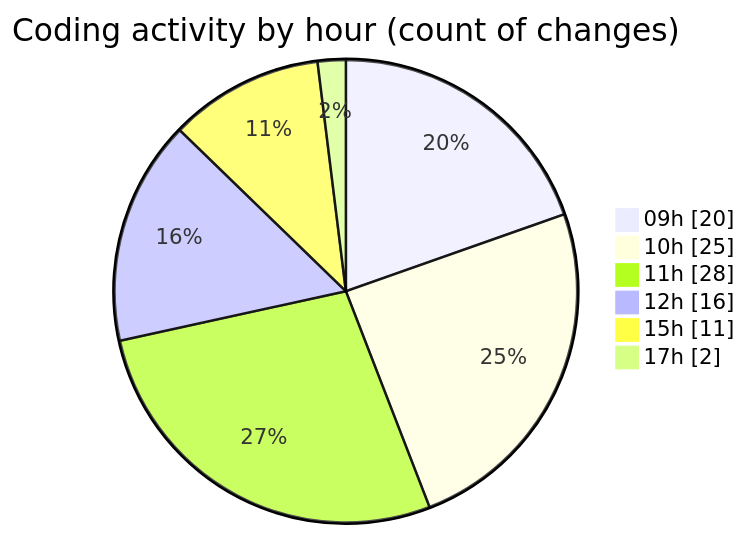
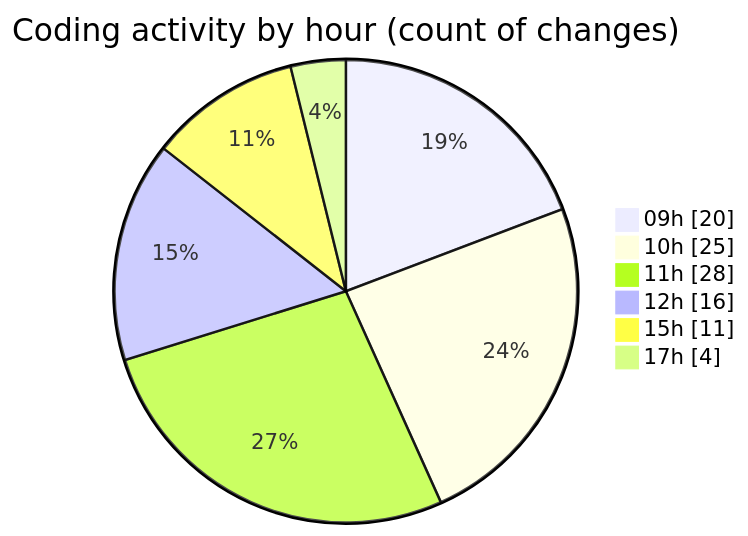
One commit to momahboobian/code-tracking changed the second of 2 diagrams in 2026-05-13/cda/README.md. Above: the diagram before and after it, drawn with Mermaid. The commit also changed other lines of this file and 1 other file, not shown here.

````diff
--- a/2026-05-13/cda/README.md
+++ b/2026-05-13/cda/README.md
@@ -44,10 +44,10 @@
 ```mermaid
 pie showData
 title Coding activity by hour (count of changes)
 "09h" : 20
 "10h" : 25
 "11h" : 28
 "12h" : 16
 "15h" : 11
-"17h" : 2
+"17h" : 4
 ```
````
